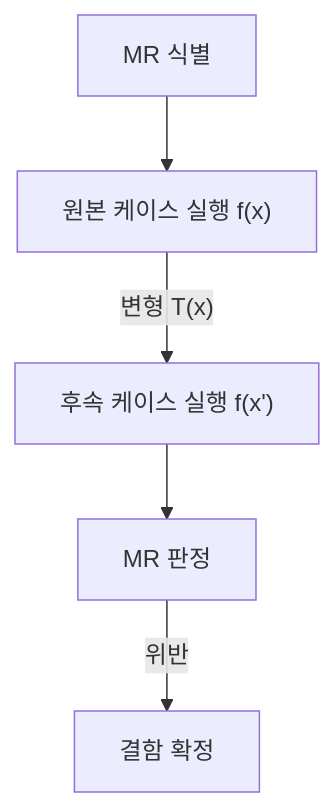
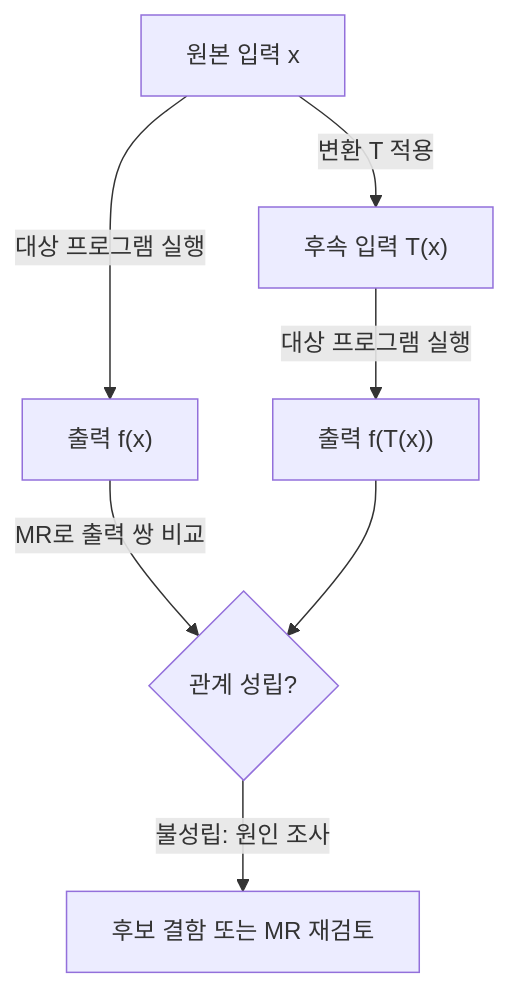
One commit to agnusdei1207/study changed the first of 2 diagrams in src/content/docs/notes/itpe/02-software-engineering/030_metamorphic_test.md. Above: the diagram before and after it, drawn with Mermaid. The commit also changed other lines of this file and 9 other files, not shown here.

````diff
--- a/src/content/docs/notes/itpe/02-software-engineering/030_metamorphic_test.md
+++ b/src/content/docs/notes/itpe/02-software-engineering/030_metamorphic_test.md
@@ -53,7 +52,9 @@
 ```mermaid
 flowchart TB
-    A["MR 식별"] --> B["원본 케이스 실행 f(x)"]
-    B -->|"변형 T(x)"| C["후속 케이스 실행 f(x')"]
-    C --> D["MR 판정"]
-    D -->|위반| E["결함 확정"]
+    A["원본 입력 x"] -->|"변환 T 적용"| B["후속 입력 T(x)"]
+    A -->|"대상 프로그램 실행"| C["출력 f(x)"]
+    B -->|"대상 프로그램 실행"| D["출력 f(T(x))"]
+    C -->|"MR로 출력 쌍 비교"| E{"관계 성립?"}
+    D --> E
+    E -->|"불성립: 원인 조사"| F["후보 결함 또는 MR 재검토"]
 ```
````
